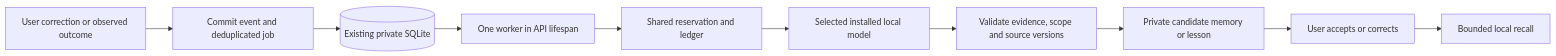
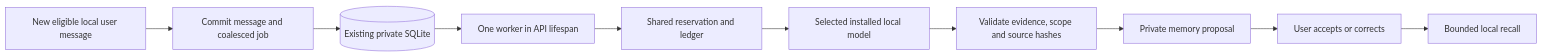
Before and after one commit to erikmalm/maestro: the diagram in docs/MEMORY_AND_REFLECTION.md, drawn with Mermaid. The commit also changed other lines of this file and 21 other files, not shown here.

````diff
--- a/docs/MEMORY_AND_REFLECTION.md
+++ b/docs/MEMORY_AND_REFLECTION.md
@@ -45,12 +55,12 @@
 ```mermaid
 flowchart LR
-    Event[User correction or observed outcome] --> Tx[Commit event and deduplicated job]
+    Event[New eligible local user message] --> Tx[Commit message and coalesced job]
     Tx --> DB[(Existing private SQLite)]
     DB --> Worker[One worker in API lifespan]
     Worker --> Gate[Shared reservation and ledger]
     Gate --> Ollama[Selected installed local model]
-    Ollama --> Validate[Validate evidence, scope and source versions]
-    Validate --> Candidate[Private candidate memory or lesson]
+    Ollama --> Validate[Validate evidence, scope and source hashes]
+    Validate --> Candidate[Private memory proposal]
     Candidate --> Review[User accepts or corrects]
     Review --> Recall[Bounded local recall]
 ```
````
